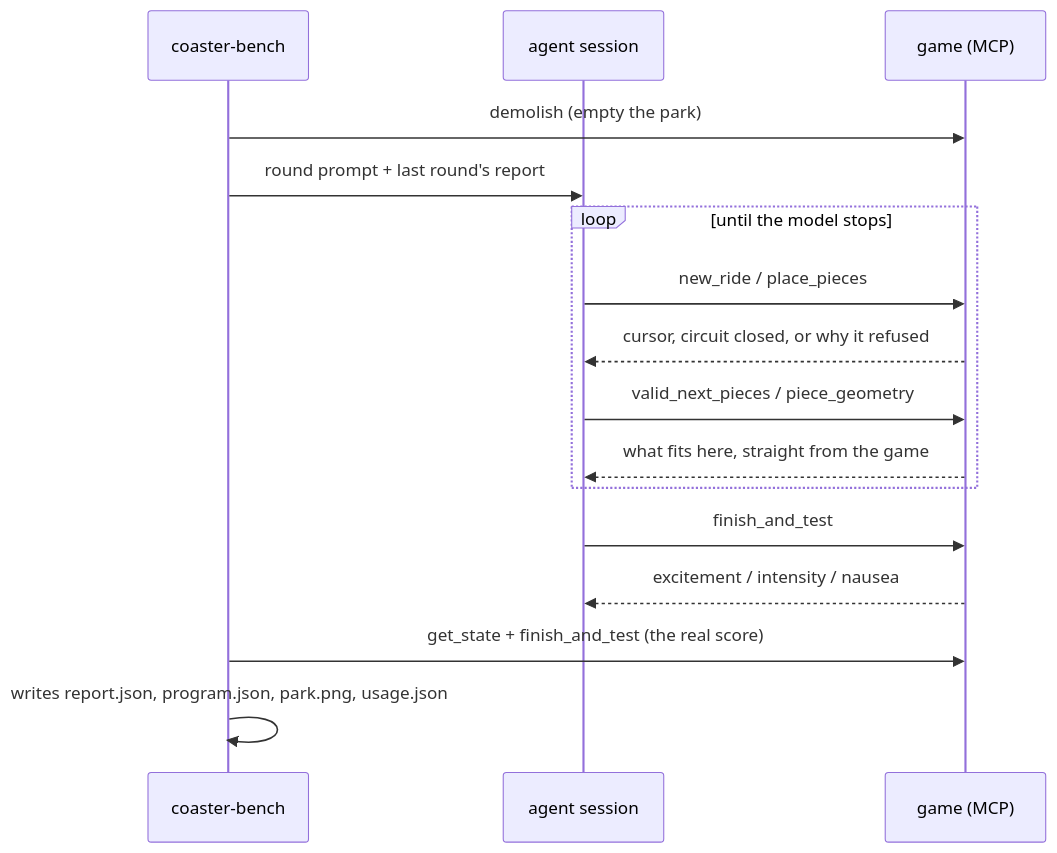
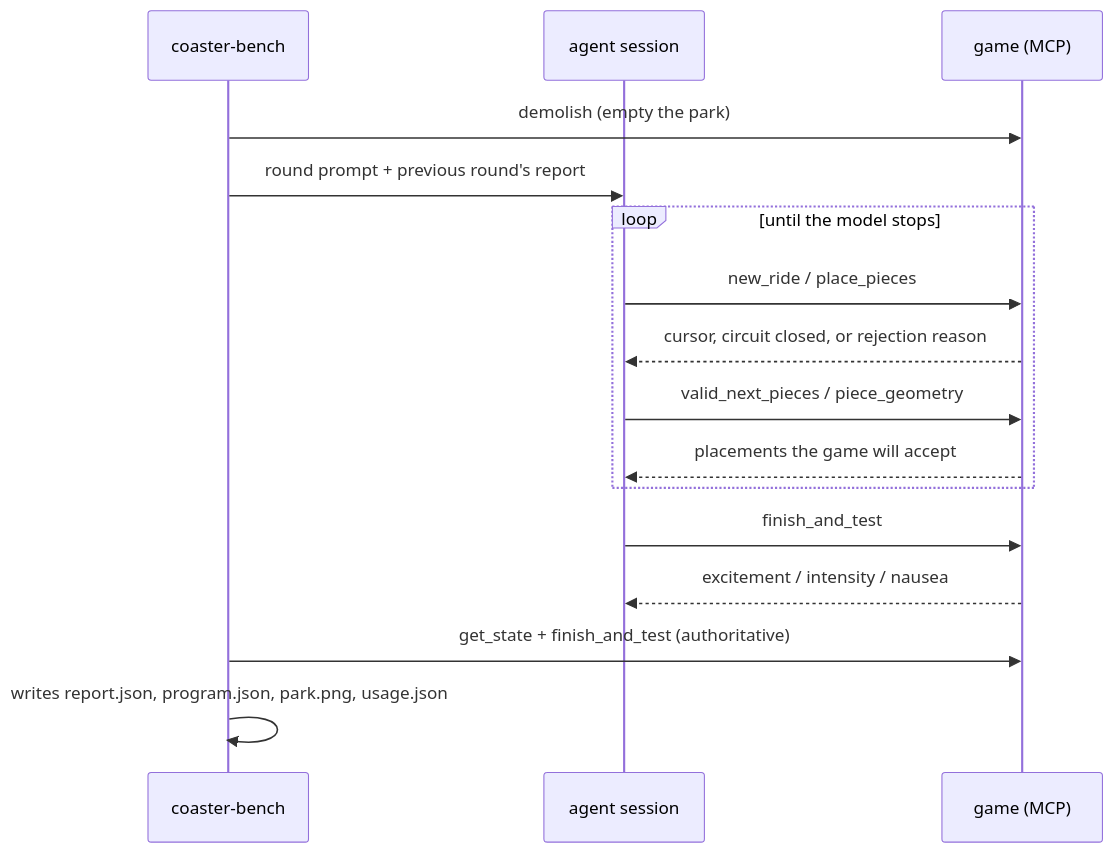
One commit to wseaton/CoasterBench changed the second of 2 diagrams in readme.md. Above: the diagram before and after it, drawn with Mermaid. The commit also changed other lines of this file, not shown here.

````diff
--- a/readme.md
+++ b/readme.md
@@ -103,19 +97,19 @@
 ```mermaid
 sequenceDiagram
     participant B as coaster-bench
     participant A as agent session
     participant G as game (MCP)
 
     B->>G: demolish (empty the park)
-    B->>A: round prompt + last round's report
+    B->>A: round prompt + previous round's report
     loop until the model stops
         A->>G: new_ride / place_pieces
-        G-->>A: cursor, circuit closed, or why it refused
+        G-->>A: cursor, circuit closed, or rejection reason
         A->>G: valid_next_pieces / piece_geometry
-        G-->>A: what fits here, straight from the game
+        G-->>A: placements the game will accept
     end
     A->>G: finish_and_test
     G-->>A: excitement / intensity / nausea
-    B->>G: get_state + finish_and_test (the real score)
+    B->>G: get_state + finish_and_test (authoritative)
     B->>B: writes report.json, program.json, park.png, usage.json
 ```
````
